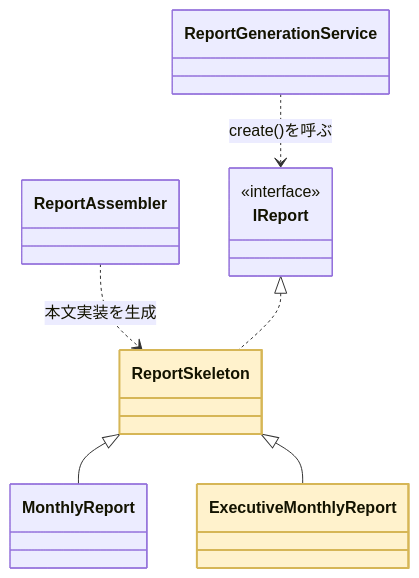
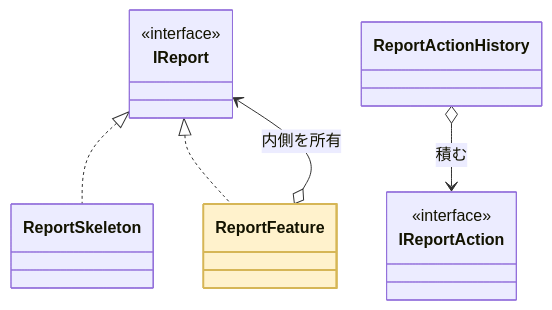
The eighth of 18 diagrams in kindle/design-patterns/output/chapter11.md (kumachan1101-pixel/DesignPattern), drawn with Mermaid before and after one commit. The commit also changed other lines of this file and 5 other files, not shown here.

````diff
--- a/kindle/design-patterns/output/chapter11.md
+++ b/kindle/design-patterns/output/chapter11.md
@@ -1595,17 +1883,14 @@
 ```mermaid
 classDiagram
-    class ReportAssembler
     class IReport { <<interface>> }
     class ReportSkeleton
-    class MonthlyReport
-    class ExecutiveMonthlyReport
-    class ReportGenerationService
-    ReportGenerationService ..> IReport : create()を呼ぶ
-    ReportAssembler ..> ReportSkeleton : 本文実装を生成
+    class ReportFeature
+    class IReportAction { <<interface>> }
+    class ReportActionHistory
     IReport <|.. ReportSkeleton
-    ReportSkeleton <|-- MonthlyReport
-    ReportSkeleton <|-- ExecutiveMonthlyReport
-    class ReportSkeleton:::focus
-    class ExecutiveMonthlyReport:::focus
+    IReport <|.. ReportFeature
+    ReportFeature o--> IReport : 内側を所有
+    ReportActionHistory o--> IReportAction : 積む
+    class ReportFeature:::focus
     classDef focus fill:#FFF2CC,stroke:#D6B656,stroke-width:2px
 ```
````
